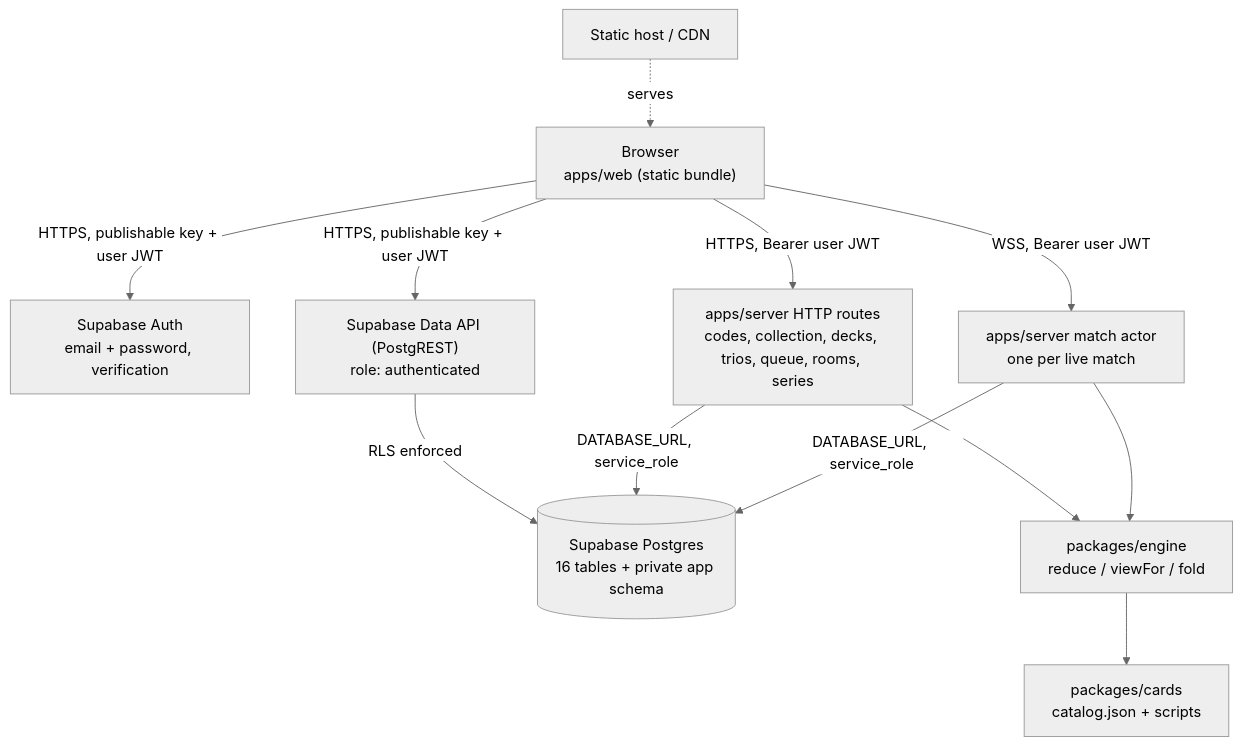
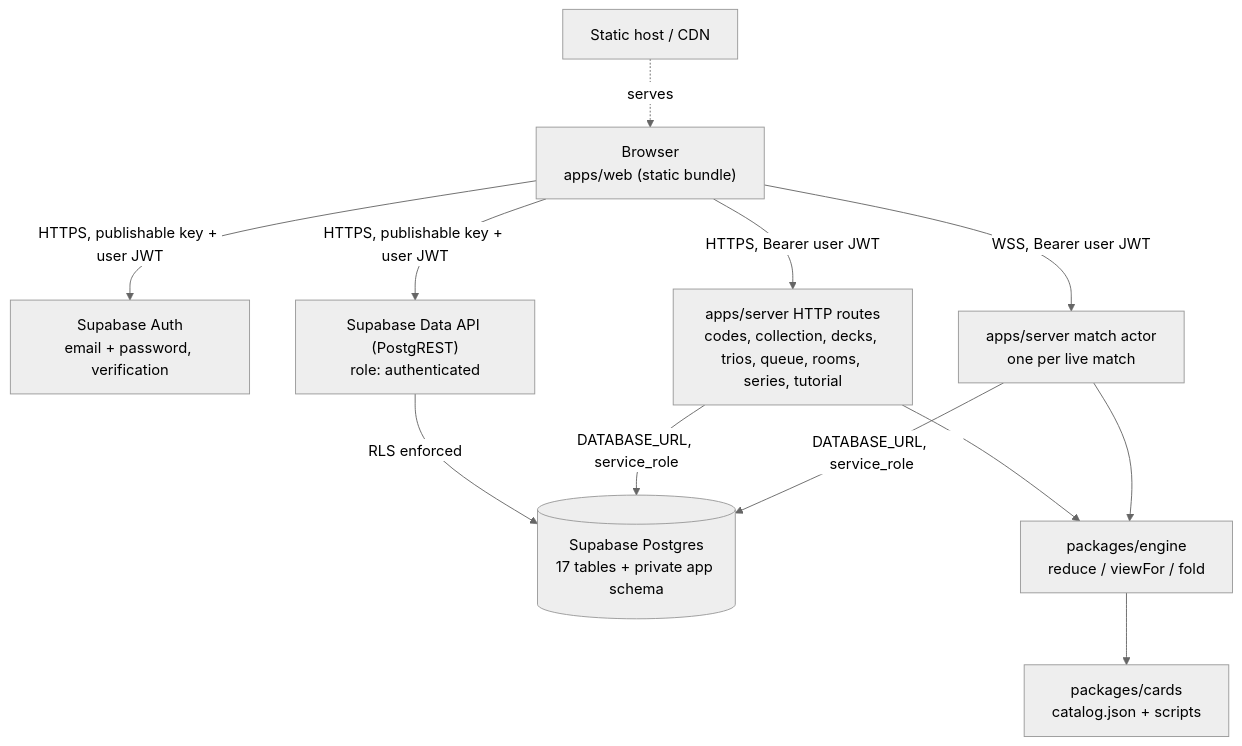
Before and after one commit to jgoetzmann/JackiOh: the diagram in docs/architecture.md, drawn with Mermaid (neutral theme). The commit also changed other lines of this file and 91 other files, not shown here.

````diff
--- a/docs/architecture.md
+++ b/docs/architecture.md
@@ -16,24 +16,24 @@
 ```mermaid
 flowchart TD
   B["Browser<br/>apps/web (static bundle)"]
   CDN["Static host / CDN"]
   AUTH["Supabase Auth<br/>email + password, verification"]
   PGR["Supabase Data API (PostgREST)<br/>role: authenticated"]
-  API["apps/server HTTP routes<br/>codes, collection, decks, trios, queue, rooms, series"]
+  API["apps/server HTTP routes<br/>codes, collection, decks, trios, queue, rooms, series, tutorial"]
   ACT["apps/server match actor<br/>one per live match"]
-  PG[("Supabase Postgres<br/>16 tables + private app schema")]
+  PG[("Supabase Postgres<br/>17 tables + private app schema")]
   ENG["packages/engine<br/>reduce / viewFor / fold"]
   CAT["packages/cards<br/>catalog.json + scripts"]
 
   CDN -.serves.-> B
   B -->|HTTPS, publishable key + user JWT| AUTH
   B -->|HTTPS, publishable key + user JWT| PGR
   B -->|HTTPS, Bearer user JWT| API
   B -->|WSS, Bearer user JWT| ACT
   PGR -->|RLS enforced| PG
   API -->|DATABASE_URL, service_role| PG
   ACT -->|DATABASE_URL, service_role| PG
   API --> ENG
   ACT --> ENG
   ENG --> CAT
 ```
````
